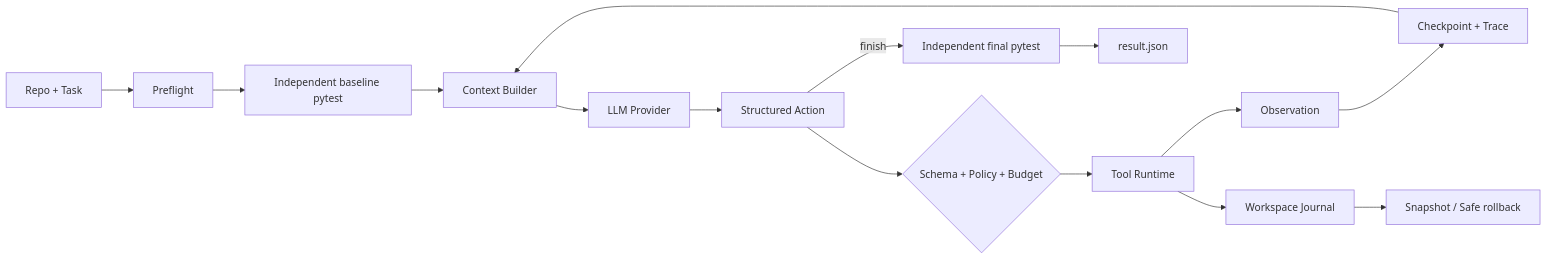
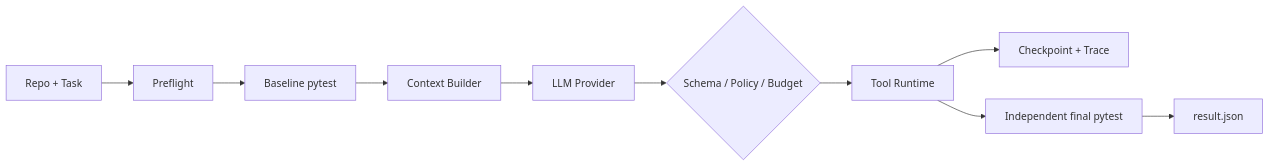
Before and after one commit to ztsstz711-afk/RepoFix-Harness: the diagram in README.md, drawn with Mermaid. The commit also changed other lines of this file and 57 other files, not shown here.

````diff
--- a/README.md
+++ b/README.md
@@ -37,17 +22,12 @@
 ```mermaid
 flowchart LR
     U[Repo + Task] --> P[Preflight]
-    P --> B[Independent baseline pytest]
+    P --> B[Baseline pytest]
     B --> C[Context Builder]
     C --> L[LLM Provider]
-    L --> A[Structured Action]
-    A --> G{Schema + Policy + Budget}
+    L --> G{Schema / Policy / Budget}
     G --> T[Tool Runtime]
-    T --> O[Observation]
-    O --> S[Checkpoint + Trace]
-    S --> C
-    T --> J[Workspace Journal]
-    J --> R[Snapshot / Safe rollback]
-    A -->|finish| V[Independent final pytest]
-    V --> X[result.json]
+    T --> S[Checkpoint + Trace]
+    T --> V[Independent final pytest]
+    V --> R[result.json]
 ```
````
